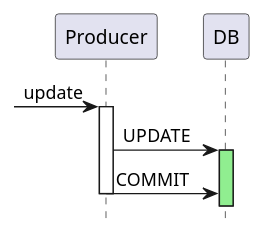
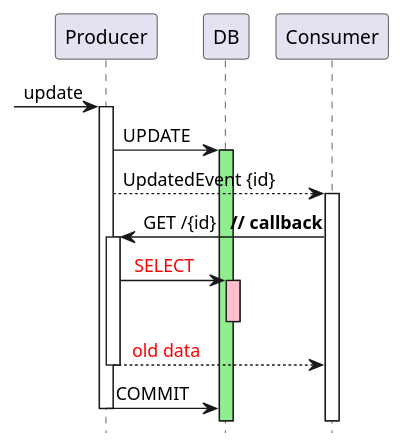
The diagram in patterns/devoxx/3_consumer_callback_race_vs_producer_commit.puml (victorrentea/kafka), drawn with PlantUML before and after one commit. The commit also changed 4 other files, not shown here.

```diff
--- a/patterns/devoxx/3_consumer_callback_race_vs_producer_commit.puml
+++ b/patterns/devoxx/3_consumer_callback_race_vs_producer_commit.puml
@@ -1,24 +1,24 @@
 @startuml
 'title Consumer Callback Race vs Produce DB Replication
 hide footbox
 participant Producer
 participant DB
 
 -> Producer++:update
 Producer -> DB++#lightgreen : UPDATE
 
 '⭐️uncomment bellow, in chunks
-'Producer --> Consumer++: UpdatedEvent {id}
+Producer --> Consumer++: UpdatedEvent {id}
 
-'Consumer->Producer: GET /{id}   **// callback**
+Consumer->Producer: GET /{id}   **// callback**
 
-'Producer++
-'Producer->DB++#pink: <font color=red> SELECT
-'DB--
-'Producer-->Consumer: <font color=red>  old data
-'Producer--
+Producer++
+Producer->DB++#pink: <font color=red> SELECT
+DB--
+Producer-->Consumer: <font color=red>  old data
+Producer--
 
 Producer -> DB--: COMMIT
 Producer--
 
 @enduml
```
